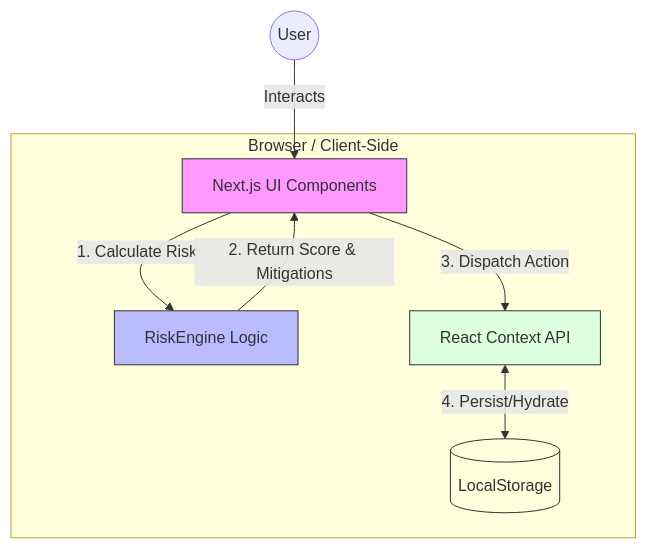
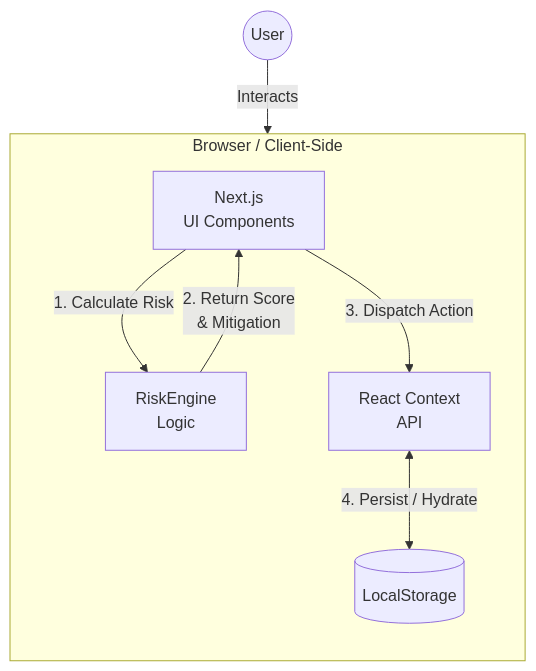
Before and after one commit to joserohit264/VendorGuard-Lite: the diagram in README.md, drawn with Mermaid.

Commit message:
README change
Added architectural diagram

````diff
--- a/README.md
+++ b/README.md
@@ -21,16 +21,28 @@
 ```mermaid
 graph TD
-    User((User)) -->|Interacts| UI[Next.js UI Components]
+    %% Increase spacing
+    %% nodeSpacing = horizontal space
+    %% rankSpacing = vertical space
+    %% (Supported in GitHub & Mermaid Live)
+    %% If not supported, layout still improves via structure
+    %%---------------------------------------------------
+
+    User((User))
+        -->|Interacts| UI[Next.js<br/>UI Components]
 
     subgraph "Browser / Client-Side"
-        UI -->|1. Calculate Risk| Logic[RiskEngine Logic]
-        Logic -->|2. Return Score & Mitigations| UI
-        UI -->|3. Dispatch Action| State[React Context API]
-        State <-->|4. Persist/Hydrate| Store[(LocalStorage)]
+        direction TB
+
+        UI
+            -->|1. Calculate Risk| Logic[RiskEngine<br/>Logic]
+
+        Logic
+            -->|2. Return Score<br/>& Mitigation| UI
+
+        UI
+            -->|3. Dispatch Action| State[React Context<br/>API]
+
+        State
+            <-->|4. Persist / Hydrate| Store[(LocalStorage)]
     end
-
-    style UI fill:#f9f,stroke:#333
-    style Logic fill:#bbf,stroke:#333
-    style State fill:#dfd,stroke:#333
-    style Store fill:#ffd,stroke:#333
 ```
````
